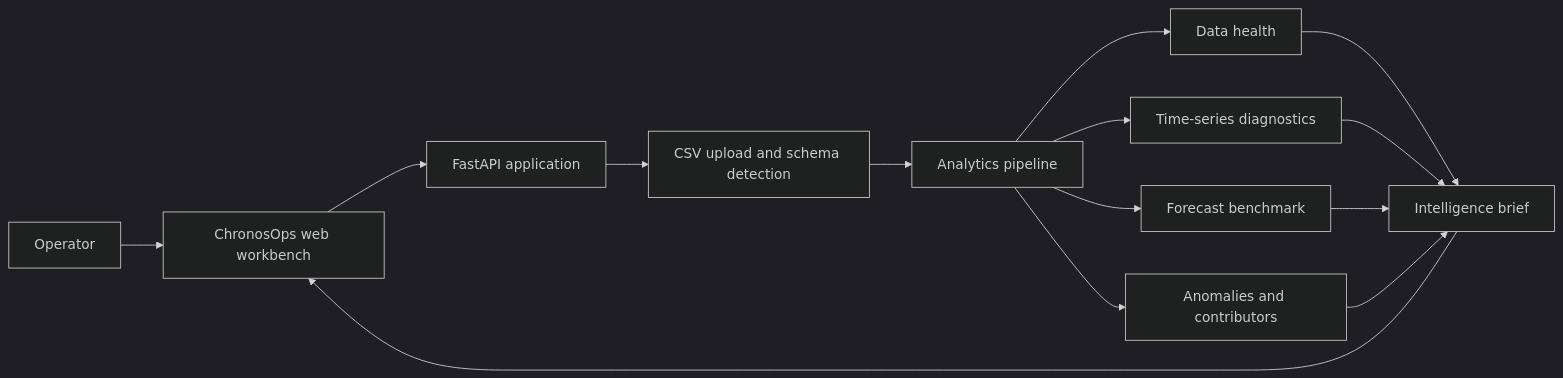
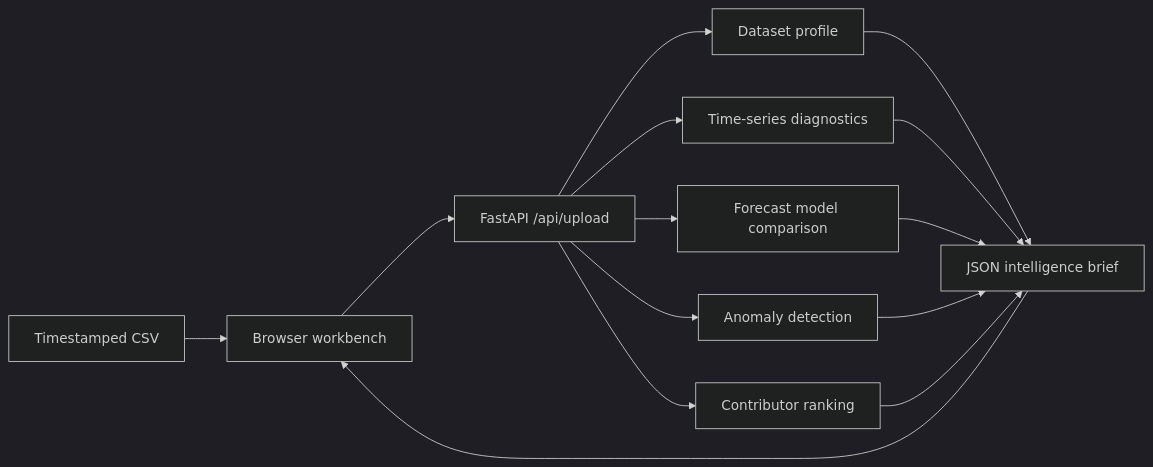
One commit to Yog-esh06/ChronoOps-AI changed the first of 2 diagrams in README.md. Above: the diagram before and after it, drawn with Mermaid (dark theme). The commit also changed other lines of this file, not shown here.

````diff
--- a/README.md
+++ b/README.md
@@ -63,13 +88,12 @@
 ```mermaid
 flowchart LR
-  U["Operator"] --> UI["ChronosOps web workbench"]
-  UI --> API["FastAPI application"]
-  API --> INGEST["CSV upload and schema detection"]
-  INGEST --> ANALYZE["Analytics pipeline"]
-  ANALYZE --> HEALTH["Data health"]
-  ANALYZE --> DIAG["Time-series diagnostics"]
-  ANALYZE --> FORECAST["Forecast benchmark"]
-  ANALYZE --> EXCEPTIONS["Anomalies and contributors"]
-  HEALTH & DIAG & FORECAST & EXCEPTIONS --> RESULT["Intelligence brief"]
-  RESULT --> UI
+    CSV["Timestamped CSV"] --> UI["Browser workbench"]
+    UI --> API["FastAPI /api/upload"]
+    API --> PROFILE["Dataset profile"]
+    API --> DIAG["Time-series diagnostics"]
+    API --> BENCH["Forecast model comparison"]
+    API --> EX["Anomaly detection"]
+    API --> CAUSE["Contributor ranking"]
+    PROFILE & DIAG & BENCH & EX & CAUSE --> BRIEF["JSON intelligence brief"]
+    BRIEF --> UI
 ```
````
